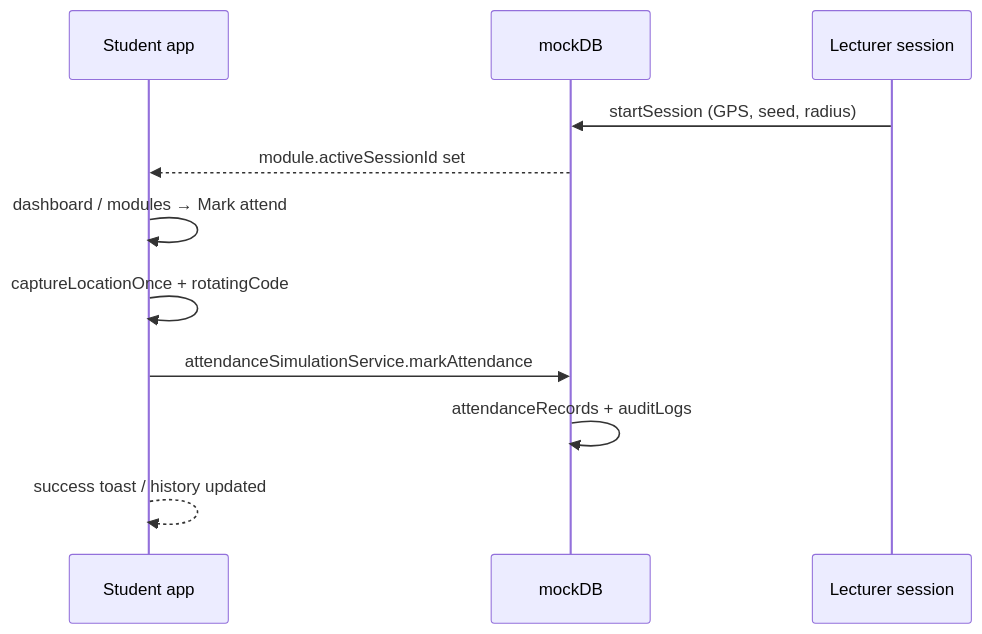
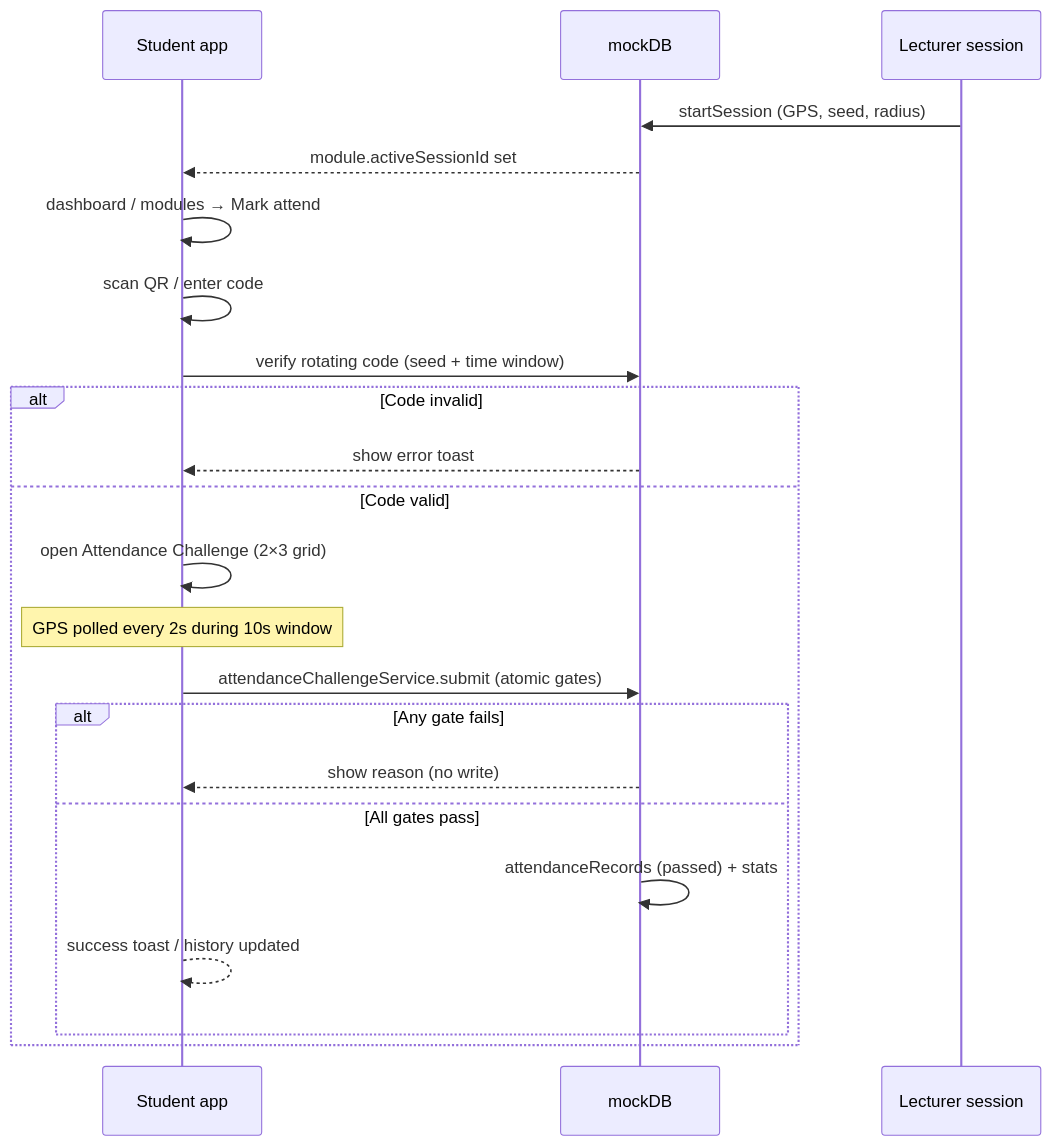
Before and after one commit to answer-mthombe/STARS_LITE: the sixth of 19 diagrams in FLOW_AND_STRUCTURE.md, drawn with Mermaid. The commit also changed other lines of this file and 13 other files, not shown here.

````diff
--- a/FLOW_AND_STRUCTURE.md
+++ b/FLOW_AND_STRUCTURE.md
@@ -168,14 +168,25 @@
 ```mermaid
 sequenceDiagram
   participant S as Student app
   participant DB as mockDB
   participant L as Lecturer session
 
   L->>DB: startSession (GPS, seed, radius)
   DB-->>S: module.activeSessionId set
   S->>S: dashboard / modules → Mark attend
-  S->>S: captureLocationOnce + rotatingCode
-  S->>DB: attendanceSimulationService.markAttendance
-  DB->>DB: attendanceRecords + auditLogs
-  S-->>S: success toast / history updated
+  S->>S: scan QR / enter code
+  S->>DB: verify rotating code (seed + time window)
+  alt Code invalid
+    DB-->>S: show error toast
+  else Code valid
+    S->>S: open Attendance Challenge (2×3 grid)
+    Note over S: GPS polled every 2s during 10s window
+    S->>DB: attendanceChallengeService.submit (atomic gates)
+    alt Any gate fails
+      DB-->>S: show reason (no write)
+    else All gates pass
+      DB->>DB: attendanceRecords (passed) + stats
+      S-->>S: success toast / history updated
+    end
+  end
 ```
````
